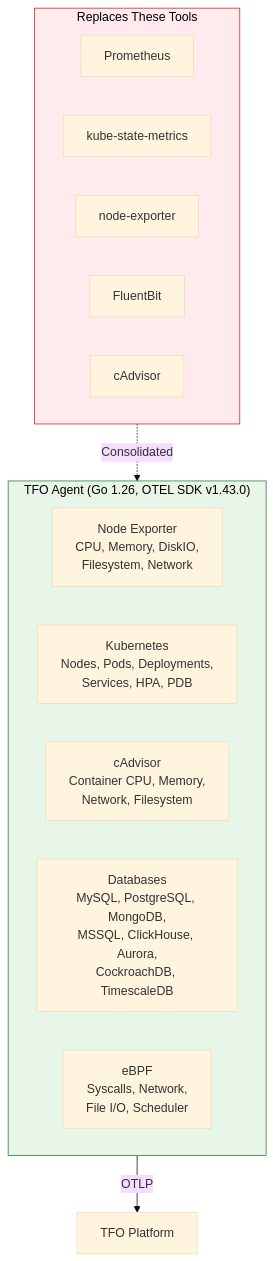
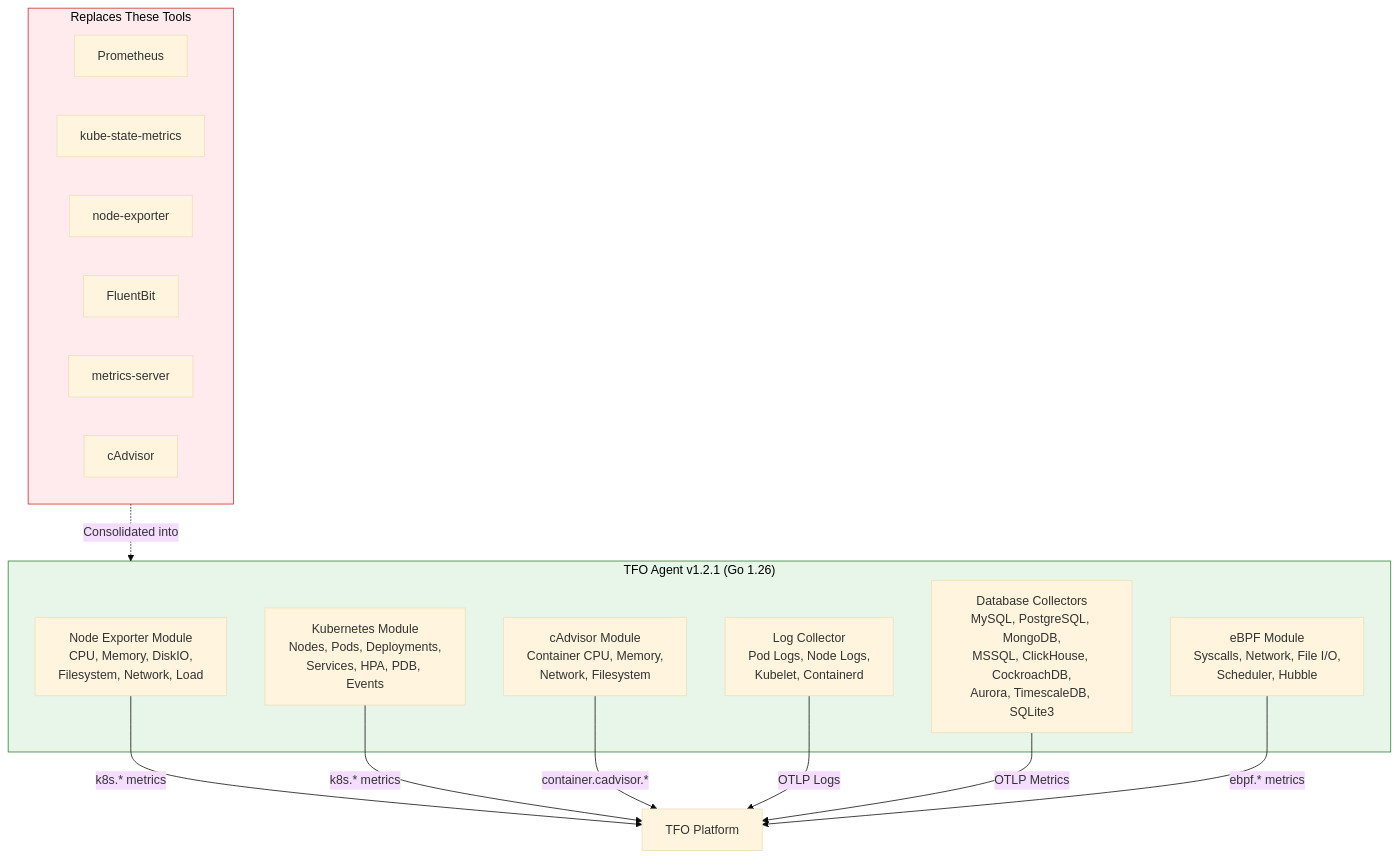
One commit to telemetryflow/.github changed the seventh of 18 diagrams in profile/README.md. Above: the diagram before and after it, drawn with Mermaid (base theme). The commit also changed other lines of this file and 19 other files, not shown here.

````diff
--- a/profile/README.md
+++ b/profile/README.md
@@ -110,24 +623,31 @@
 ```mermaid
 graph TB
     subgraph Replaced["Replaces These Tools"]
         PROM["Prometheus"]
         KSM["kube-state-metrics"]
         NE["node-exporter"]
         FB["FluentBit"]
+        MS["metrics-server"]
         CAD["cAdvisor"]
     end
 
-    subgraph Agent["TFO Agent (Go 1.26, OTEL SDK v1.43.0)"]
-        NE_MOD["Node Exporter<br/>CPU, Memory, DiskIO,<br/>Filesystem, Network"]
-        K8S_MOD["Kubernetes<br/>Nodes, Pods, Deployments,<br/>Services, HPA, PDB"]
-        CAD_MOD["cAdvisor<br/>Container CPU, Memory,<br/>Network, Filesystem"]
-        DB_MOD["Databases<br/>MySQL, PostgreSQL, MongoDB,<br/>MSSQL, ClickHouse, Aurora,<br/>CockroachDB, TimescaleDB"]
-        EBPF_MOD["eBPF<br/>Syscalls, Network,<br/>File I/O, Scheduler"]
+    subgraph Agent["TFO Agent v1.2.1 (Go 1.26)"]
+        NE_MOD["Node Exporter Module<br/>CPU, Memory, DiskIO,<br/>Filesystem, Network, Load"]
+        K8S_MOD["Kubernetes Module<br/>Nodes, Pods, Deployments,<br/>Services, HPA, PDB, Events"]
+        CAD_MOD["cAdvisor Module<br/>Container CPU, Memory,<br/>Network, Filesystem"]
+        LOG_MOD["Log Collector<br/>Pod Logs, Node Logs,<br/>Kubelet, Containerd"]
+        DB_MOD["Database Collectors<br/>MySQL, PostgreSQL, MongoDB,<br/>MSSQL, ClickHouse, CockroachDB,<br/>Aurora, TimescaleDB, SQLite3"]
+        EBPF_MOD["eBPF Module<br/>Syscalls, Network, File I/O,<br/>Scheduler, Hubble"]
     end
 
-    Replaced -.->|"Consolidated"| Agent
-    Agent -->|"OTLP"| PLATFORM["TFO Platform"]
+    Replaced -.->|"Consolidated into"| Agent
+    NE_MOD -->|"k8s.* metrics"| PLATFORM["TFO Platform"]
+    K8S_MOD -->|"k8s.* metrics"| PLATFORM
+    CAD_MOD -->|"container.cadvisor.*"| PLATFORM
+    LOG_MOD -->|"OTLP Logs"| PLATFORM
+    DB_MOD -->|"OTLP Metrics"| PLATFORM
+    EBPF_MOD -->|"ebpf.* metrics"| PLATFORM
 
     style Replaced fill:#ffebee,stroke:#c62828,color:#000
     style Agent fill:#e8f5e9,stroke:#2e7d32,color:#000
 ```
````
